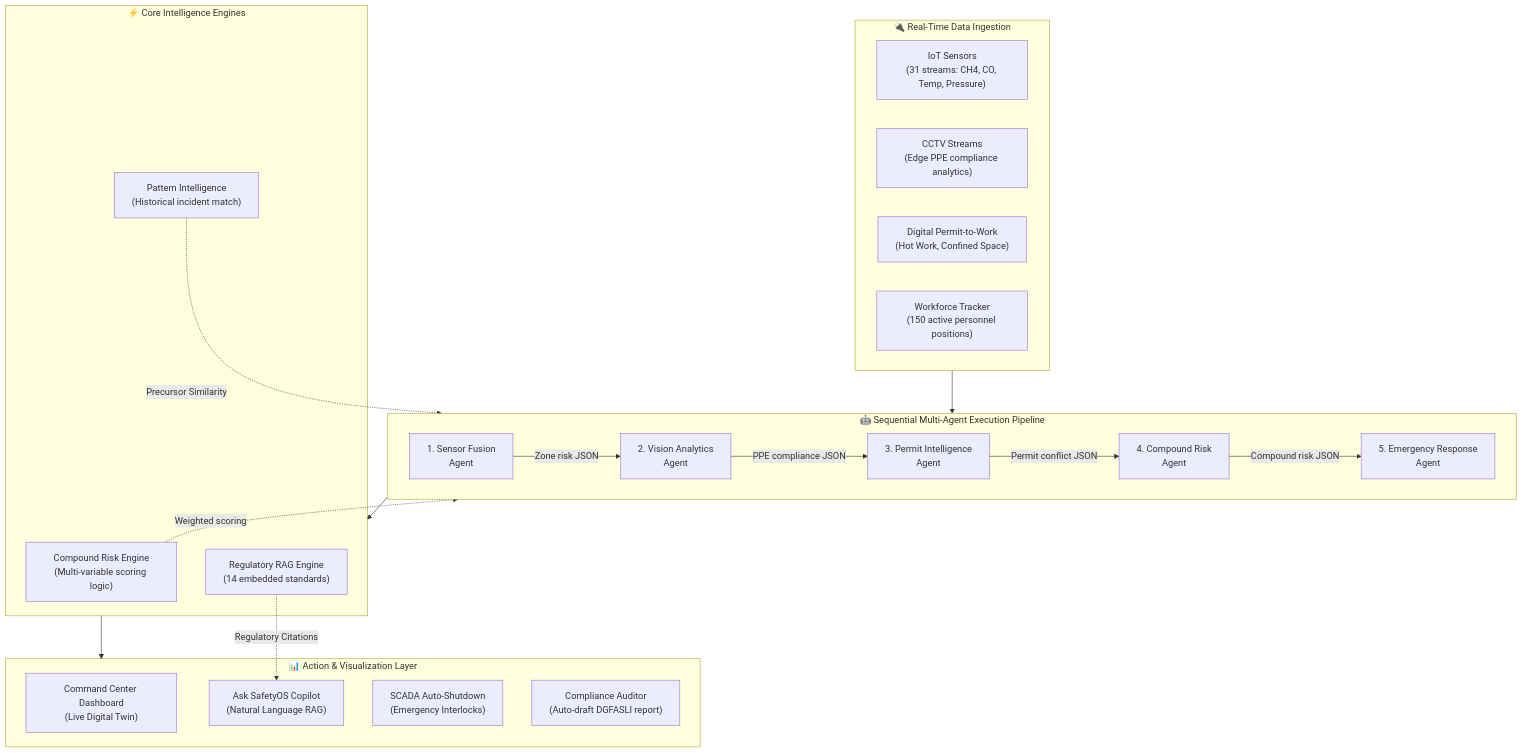
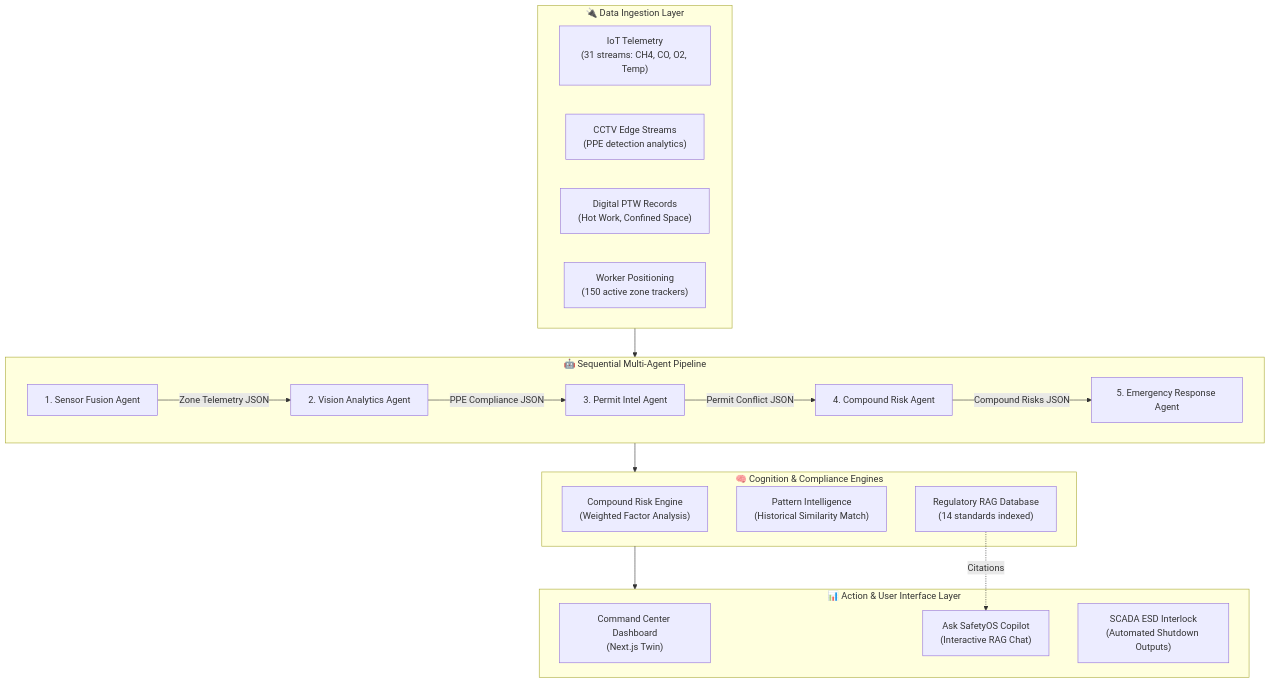
One commit to AnuragKannojiya/FinGuard-SafetyOS changed the first of 3 diagrams in README.md. Above: the diagram before and after it, drawn with Mermaid. The commit also changed other lines of this file, not shown here.

````diff
--- a/README.md
+++ b/README.md
@@ -25,42 +90,39 @@
 ```mermaid
 graph TB
-    subgraph DATA["🔌 Real-Time Data Ingestion"]
-        IOT["IoT Sensors<br/>(31 streams: CH4, CO, Temp, Pressure)"]
-        CCTV["CCTV Streams<br/>(Edge PPE compliance analytics)"]
-        PTW["Digital Permit-to-Work<br/>(Hot Work, Confined Space)"]
-        HR["Workforce Tracker<br/>(150 active personnel positions)"]
+    subgraph INGESTION["🔌 Data Ingestion Layer"]
+        IOT["IoT Telemetry<br/>(31 streams: CH4, CO, O2, Temp)"]
+        CCTV["CCTV Edge Streams<br/>(PPE detection analytics)"]
+        PTW["Digital PTW Records<br/>(Hot Work, Confined Space)"]
+        TRACK["Worker Positioning<br/>(150 active zone trackers)"]
     end
 
-    subgraph PIPELINE["🤖 Sequential Multi-Agent Execution Pipeline"]
-        direction LR
-        SA["1. Sensor Fusion<br/>Agent"]
-        VA["2. Vision Analytics<br/>Agent"]
-        PA["3. Permit Intelligence<br/>Agent"]
-        RA["4. Compound Risk<br/>Agent"]
-        EA["5. Emergency Response<br/>Agent"]
-        SA -->|"Zone risk JSON"| VA
-        VA -->|"PPE compliance JSON"| PA
-        PA -->|"Permit conflict JSON"| RA
-        RA -->|"Compound risk JSON"| EA
+    subgraph PIPELINE["🤖 Sequential Multi-Agent Pipeline"]
+        SA["1. Sensor Fusion Agent"]
+        VA["2. Vision Analytics Agent"]
+        PA["3. Permit Intel Agent"]
+        RA["4. Compound Risk Agent"]
+        EA["5. Emergency Response Agent"]
+
+        SA -->|"Zone Telemetry JSON"| VA
+        VA -->|"PPE Compliance JSON"| PA
+        PA -->|"Permit Conflict JSON"| RA
+        RA -->|"Compound Risks JSON"| EA
     end
 
-    subgraph INTELLIGENCE["⚡ Core Intelligence Engines"]
-        CRE["Compound Risk Engine<br/>(Multi-variable scoring logic)"]
-        RAG["Regulatory RAG Engine<br/>(14 embedded standards)"]
-        PI["Pattern Intelligence<br/>(Historical incident match)"]
+    subgraph COGNITION["🧠 Cognition & Compliance Engines"]
+        CRE["Compound Risk Engine<br/>(Weighted Factor Analysis)"]
+        PI["Pattern Intelligence<br/>(Historical Similarity Match)"]
+        RAG["Regulatory RAG Database<br/>(14 standards indexed)"]
     end
 
-    subgraph OUTPUT["📊 Action & Visualization Layer"]
-        DASH["Command Center Dashboard<br/>(Live Digital Twin)"]
-        COPILOT["Ask SafetyOS Copilot<br/>(Natural Language RAG)"]
-        ALERTS["SCADA Auto-Shutdown<br/>(Emergency Interlocks)"]
-        REPORTS["Compliance Auditor<br/>(Auto-draft DGFASLI report)"]
+    subgraph ACTION["📊 Action & User Interface Layer"]
+        DASH["Command Center Dashboard<br/>(Next.js Twin)"]
+        COPILOT["Ask SafetyOS Copilot<br/>(Interactive RAG Chat)"]
+        ESD["SCADA ESD Interlock<br/>(Automated Shutdown Outputs)"]
     end
 
-    DATA --> PIPELINE
-    PIPELINE --> INTELLIGENCE
-    INTELLIGENCE --> OUTPUT
-    RAG -.->|"Regulatory Citations"| COPILOT
-    PI -.->|"Precursor Similarity"| RA
-    CRE -.->|"Weighted scoring"| RA
+    INGESTION --> PIPELINE
+    PIPELINE --> COGNITION
+    COGNITION --> ACTION
+    RAG -.->|"Citations"| COPILOT
 ```
````
